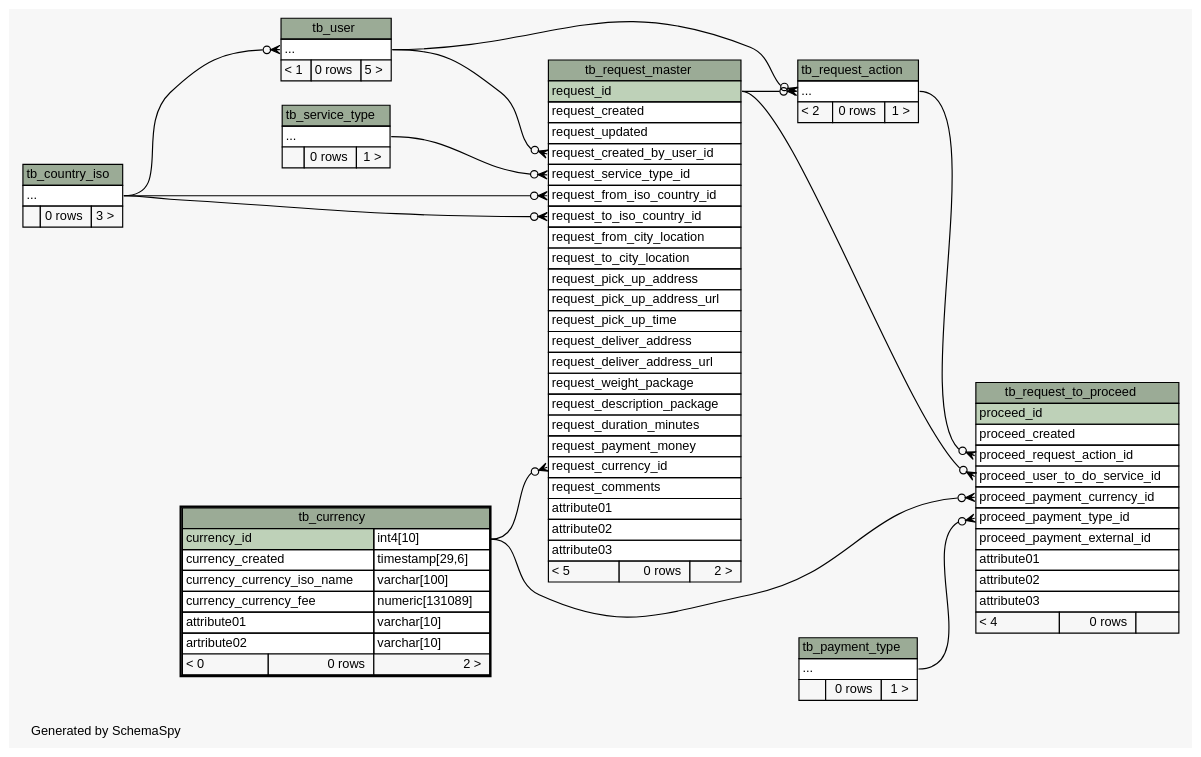
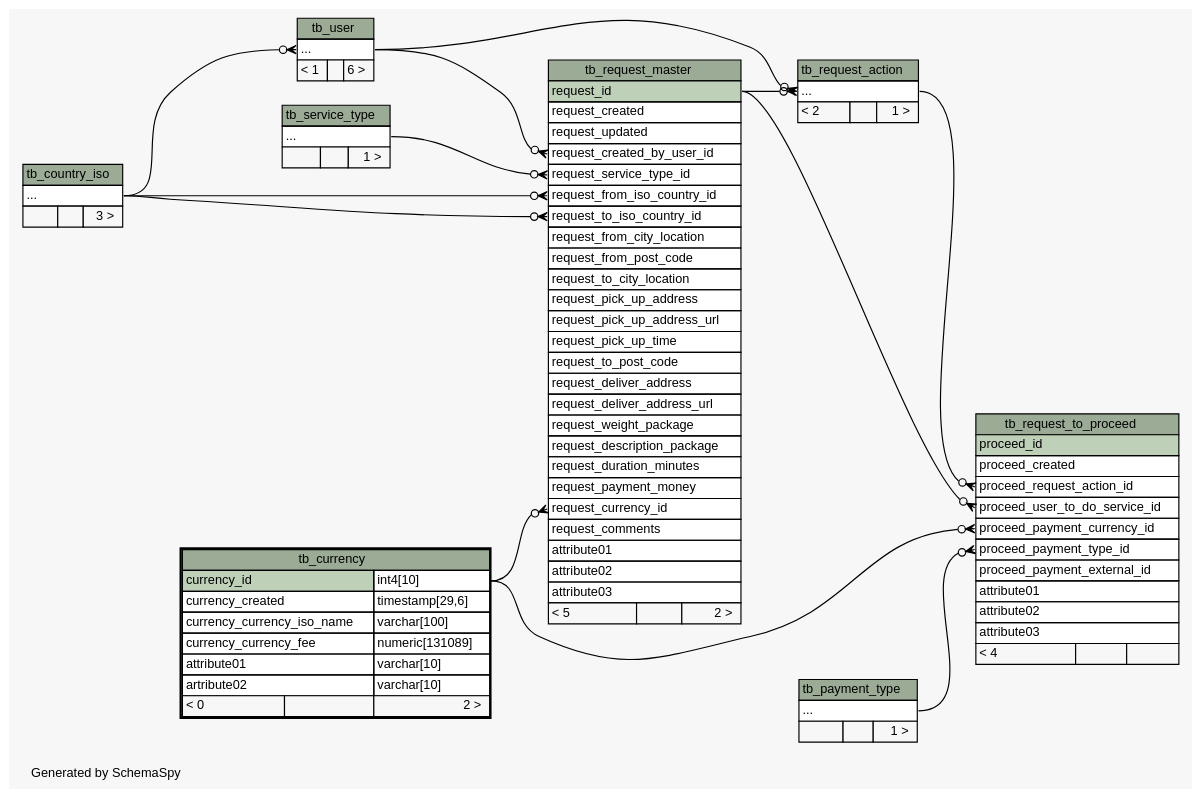
The diagram in database/schema/diagrams/tb_currency.2degrees.dot (josetesan/bring2me), drawn with Graphviz before and after one commit. The commit also changed 74 other files, not shown here.

Commit message:
New schema

```diff
--- a/database/schema/diagrams/tb_currency.2degrees.dot
+++ b/database/schema/diagrams/tb_currency.2degrees.dot
@@ -1,150 +1,152 @@
-// dot 2.34.0 on Linux 3.12.0-1-MANJARO
+// dot 2.34.0 on Linux 3.12.1-1-MANJARO
 // SchemaSpy rev 590
 digraph "twoDegreesRelationshipsDiagram" {
   graph [
     rankdir="RL"
     bgcolor="#f7f7f7"
     label="\nGenerated by SchemaSpy"
     labeljust="l"
     nodesep="0.18"
     ranksep="0.46"
     fontname="Helvetica"
     fontsize="11"
   ];
   node [
     fontname="Helvetica"
     fontsize="11"
     shape="plaintext"
   ];
   edge [
     arrowsize="0.8"
   ];
   "tb_request_action":"elipses":w -> "tb_user":"elipses":e [arrowhead=none dir=back arrowtail=crowodot];
   "tb_request_action":"elipses":w -> "tb_request_master":"request_id":e [arrowhead=none dir=back arrowtail=crowodot];
   "tb_request_master":"request_created_by_user_id":w -> "tb_user":"elipses":e [arrowhead=none dir=back arrowtail=crowodot];
   "tb_request_master":"request_currency_id":w -> "tb_currency":"currency_id.type":e [arrowhead=none dir=back arrowtail=crowodot];
   "tb_request_master":"request_from_iso_country_id":w -> "tb_country_iso":"elipses":e [arrowhead=none dir=back arrowtail=crowodot];
   "tb_request_master":"request_service_type_id":w -> "tb_service_type":"elipses":e [arrowhead=none dir=back arrowtail=crowodot];
   "tb_request_master":"request_to_iso_country_id":w -> "tb_country_iso":"elipses":e [arrowhead=none dir=back arrowtail=crowodot];
   "tb_request_to_proceed":"proceed_payment_currency_id":w -> "tb_currency":"currency_id.type":e [arrowhead=none dir=back arrowtail=crowodot];
   "tb_request_to_proceed":"proceed_payment_type_id":w -> "tb_payment_type":"elipses":e [arrowhead=none dir=back arrowtail=crowodot];
   "tb_request_to_proceed":"proceed_request_action_id":w -> "tb_request_action":"elipses":e [arrowhead=none dir=back arrowtail=crowodot];
   "tb_request_to_proceed":"proceed_user_to_do_service_id":w -> "tb_request_master":"request_id":e [arrowhead=none dir=back arrowtail=crowodot];
   "tb_user":"elipses":w -> "tb_country_iso":"elipses":e [arrowhead=none dir=back arrowtail=crowodot];
   "tb_country_iso" [
     label=<
     <TABLE BORDER="0" CELLBORDER="1" CELLSPACING="0" BGCOLOR="#ffffff">
       <TR><TD COLSPAN="3" BGCOLOR="#9bab96" ALIGN="CENTER">tb_country_iso</TD></TR>
       <TR><TD PORT="elipses" COLSPAN="3" ALIGN="LEFT">...</TD></TR>
-      <TR><TD ALIGN="LEFT" BGCOLOR="#f7f7f7">  </TD><TD ALIGN="RIGHT" BGCOLOR="#f7f7f7">0 rows</TD><TD ALIGN="RIGHT" BGCOLOR="#f7f7f7">3 &gt;</TD></TR>
+      <TR><TD ALIGN="LEFT" BGCOLOR="#f7f7f7">  </TD><TD ALIGN="RIGHT" BGCOLOR="#f7f7f7">  </TD><TD ALIGN="RIGHT" BGCOLOR="#f7f7f7">3 &gt;</TD></TR>
     </TABLE>>
     URL="tb_country_iso.html"
     tooltip="tb_country_iso"
   ];
   "tb_currency" [
     label=<
     <TABLE BORDER="2" CELLBORDER="1" CELLSPACING="0" BGCOLOR="#ffffff">
       <TR><TD COLSPAN="3" BGCOLOR="#9bab96" ALIGN="CENTER">tb_currency</TD></TR>
       <TR><TD PORT="currency_id" COLSPAN="2" BGCOLOR="#bed1b8" ALIGN="LEFT">currency_id</TD><TD PORT="currency_id.type" ALIGN="LEFT">int4[10]</TD></TR>
       <TR><TD PORT="currency_created" COLSPAN="2" ALIGN="LEFT">currency_created</TD><TD PORT="currency_created.type" ALIGN="LEFT">timestamp[29,6]</TD></TR>
       <TR><TD PORT="currency_currency_iso_name" COLSPAN="2" ALIGN="LEFT">currency_currency_iso_name</TD><TD PORT="currency_currency_iso_name.type" ALIGN="LEFT">varchar[100]</TD></TR>
       <TR><TD PORT="currency_currency_fee" COLSPAN="2" ALIGN="LEFT">currency_currency_fee</TD><TD PORT="currency_currency_fee.type" ALIGN="LEFT">numeric[131089]</TD></TR>
       <TR><TD PORT="attribute01" COLSPAN="2" ALIGN="LEFT">attribute01</TD><TD PORT="attribute01.type" ALIGN="LEFT">varchar[10]</TD></TR>
       <TR><TD PORT="artribute02" COLSPAN="2" ALIGN="LEFT">artribute02</TD><TD PORT="artribute02.type" ALIGN="LEFT">varchar[10]</TD></TR>
-      <TR><TD ALIGN="LEFT" BGCOLOR="#f7f7f7">&lt; 0</TD><TD ALIGN="RIGHT" BGCOLOR="#f7f7f7">0 rows</TD><TD ALIGN="RIGHT" BGCOLOR="#f7f7f7">2 &gt;</TD></TR>
+      <TR><TD ALIGN="LEFT" BGCOLOR="#f7f7f7">&lt; 0</TD><TD ALIGN="RIGHT" BGCOLOR="#f7f7f7">  </TD><TD ALIGN="RIGHT" BGCOLOR="#f7f7f7">2 &gt;</TD></TR>
     </TABLE>>
     URL="tb_currency.html"
     tooltip="tb_currency"
   ];
   "tb_payment_type" [
     label=<
     <TABLE BORDER="0" CELLBORDER="1" CELLSPACING="0" BGCOLOR="#ffffff">
       <TR><TD COLSPAN="3" BGCOLOR="#9bab96" ALIGN="CENTER">tb_payment_type</TD></TR>
       <TR><TD PORT="elipses" COLSPAN="3" ALIGN="LEFT">...</TD></TR>
-      <TR><TD ALIGN="LEFT" BGCOLOR="#f7f7f7">  </TD><TD ALIGN="RIGHT" BGCOLOR="#f7f7f7">0 rows</TD><TD ALIGN="RIGHT" BGCOLOR="#f7f7f7">1 &gt;</TD></TR>
+      <TR><TD ALIGN="LEFT" BGCOLOR="#f7f7f7">  </TD><TD ALIGN="RIGHT" BGCOLOR="#f7f7f7">  </TD><TD ALIGN="RIGHT" BGCOLOR="#f7f7f7">1 &gt;</TD></TR>
     </TABLE>>
     URL="tb_payment_type.html"
     tooltip="tb_payment_type"
   ];
   "tb_request_action" [
     label=<
     <TABLE BORDER="0" CELLBORDER="1" CELLSPACING="0" BGCOLOR="#ffffff">
       <TR><TD COLSPAN="3" BGCOLOR="#9bab96" ALIGN="CENTER">tb_request_action</TD></TR>
       <TR><TD PORT="elipses" COLSPAN="3" ALIGN="LEFT">...</TD></TR>
-      <TR><TD ALIGN="LEFT" BGCOLOR="#f7f7f7">&lt; 2</TD><TD ALIGN="RIGHT" BGCOLOR="#f7f7f7">0 rows</TD><TD ALIGN="RIGHT" BGCOLOR="#f7f7f7">1 &gt;</TD></TR>
+      <TR><TD ALIGN="LEFT" BGCOLOR="#f7f7f7">&lt; 2</TD><TD ALIGN="RIGHT" BGCOLOR="#f7f7f7">  </TD><TD ALIGN="RIGHT" BGCOLOR="#f7f7f7">1 &gt;</TD></TR>
     </TABLE>>
     URL="tb_request_action.html"
     tooltip="tb_request_action"
   ];
   "tb_request_master" [
     label=<
     <TABLE BORDER="0" CELLBORDER="1" CELLSPACING="0" BGCOLOR="#ffffff">
       <TR><TD COLSPAN="3" BGCOLOR="#9bab96" ALIGN="CENTER">tb_request_master</TD></TR>
       <TR><TD PORT="request_id" COLSPAN="3" BGCOLOR="#bed1b8" ALIGN="LEFT">request_id</TD></TR>
       <TR><TD PORT="request_created" COLSPAN="3" ALIGN="LEFT">request_created</TD></TR>
       <TR><TD PORT="request_updated" COLSPAN="3" ALIGN="LEFT">request_updated</TD></TR>
       <TR><TD PORT="request_created_by_user_id" COLSPAN="3" ALIGN="LEFT">request_created_by_user_id</TD></TR>
       <TR><TD PORT="request_service_type_id" COLSPAN="3" ALIGN="LEFT">request_service_type_id</TD></TR>
       <TR><TD PORT="request_from_iso_country_id" COLSPAN="3" ALIGN="LEFT">request_from_iso_country_id</TD></TR>
       <TR><TD PORT="request_to_iso_country_id" COLSPAN="3" ALIGN="LEFT">request_to_iso_country_id</TD></TR>
       <TR><TD PORT="request_from_city_location" COLSPAN="3" ALIGN="LEFT">request_from_city_location</TD></TR>
+      <TR><TD PORT="request_from_post_code" COLSPAN="3" ALIGN="LEFT">request_from_post_code</TD></TR>
       <TR><TD PORT="request_to_city_location" COLSPAN="3" ALIGN="LEFT">request_to_city_location</TD></TR>
       <TR><TD PORT="request_pick_up_address" COLSPAN="3" ALIGN="LEFT">request_pick_up_address</TD></TR>
       <TR><TD PORT="request_pick_up_address_url" COLSPAN="3" ALIGN="LEFT">request_pick_up_address_url</TD></TR>
       <TR><TD PORT="request_pick_up_time" COLSPAN="3" ALIGN="LEFT">request_pick_up_time</TD></TR>
+      <TR><TD PORT="request_to_post_code" COLSPAN="3" ALIGN="LEFT">request_to_post_code</TD></TR>
       <TR><TD PORT="request_deliver_address" COLSPAN="3" ALIGN="LEFT">request_deliver_address</TD></TR>
       <TR><TD PORT="request_deliver_address_url" COLSPAN="3" ALIGN="LEFT">request_deliver_address_url</TD></TR>
       <TR><TD PORT="request_weight_package" COLSPAN="3" ALIGN="LEFT">request_weight_package</TD></TR>
       <TR><TD PORT="request_description_package" COLSPAN="3" ALIGN="LEFT">request_description_package</TD></TR>
       <TR><TD PORT="request_duration_minutes" COLSPAN="3" ALIGN="LEFT">request_duration_minutes</TD></TR>
       <TR><TD PORT="request_payment_money" COLSPAN="3" ALIGN="LEFT">request_payment_money</TD></TR>
       <TR><TD PORT="request_currency_id" COLSPAN="3" ALIGN="LEFT">request_currency_id</TD></TR>
       <TR><TD PORT="request_comments" COLSPAN="3" ALIGN="LEFT">request_comments</TD></TR>
       <TR><TD PORT="attribute01" COLSPAN="3" ALIGN="LEFT">attribute01</TD></TR>
       <TR><TD PORT="attribute02" COLSPAN="3" ALIGN="LEFT">attribute02</TD></TR>
       <TR><TD PORT="attribute03" COLSPAN="3" ALIGN="LEFT">attribute03</TD></TR>
-      <TR><TD ALIGN="LEFT" BGCOLOR="#f7f7f7">&lt; 5</TD><TD ALIGN="RIGHT" BGCOLOR="#f7f7f7">0 rows</TD><TD ALIGN="RIGHT" BGCOLOR="#f7f7f7">2 &gt;</TD></TR>
+      <TR><TD ALIGN="LEFT" BGCOLOR="#f7f7f7">&lt; 5</TD><TD ALIGN="RIGHT" BGCOLOR="#f7f7f7">  </TD><TD ALIGN="RIGHT" BGCOLOR="#f7f7f7">2 &gt;</TD></TR>
     </TABLE>>
     URL="tb_request_master.html"
     tooltip="tb_request_master"
   ];
   "tb_request_to_proceed" [
     label=<
     <TABLE BORDER="0" CELLBORDER="1" CELLSPACING="0" BGCOLOR="#ffffff">
       <TR><TD COLSPAN="3" BGCOLOR="#9bab96" ALIGN="CENTER">tb_request_to_proceed</TD></TR>
       <TR><TD PORT="proceed_id" COLSPAN="3" BGCOLOR="#bed1b8" ALIGN="LEFT">proceed_id</TD></TR>
       <TR><TD PORT="proceed_created" COLSPAN="3" ALIGN="LEFT">proceed_created</TD></TR>
       <TR><TD PORT="proceed_request_action_id" COLSPAN="3" ALIGN="LEFT">proceed_request_action_id</TD></TR>
       <TR><TD PORT="proceed_user_to_do_service_id" COLSPAN="3" ALIGN="LEFT">proceed_user_to_do_service_id</TD></TR>
       <TR><TD PORT="proceed_payment_currency_id" COLSPAN="3" ALIGN="LEFT">proceed_payment_currency_id</TD></TR>
       <TR><TD PORT="proceed_payment_type_id" COLSPAN="3" ALIGN="LEFT">proceed_payment_type_id</TD></TR>
       <TR><TD PORT="proceed_payment_external_id" COLSPAN="3" ALIGN="LEFT">proceed_payment_external_id</TD></TR>
       <TR><TD PORT="attribute01" COLSPAN="3" ALIGN="LEFT">attribute01</TD></TR>
       <TR><TD PORT="attribute02" COLSPAN="3" ALIGN="LEFT">attribute02</TD></TR>
       <TR><TD PORT="attribute03" COLSPAN="3" ALIGN="LEFT">attribute03</TD></TR>
-      <TR><TD ALIGN="LEFT" BGCOLOR="#f7f7f7">&lt; 4</TD><TD ALIGN="RIGHT" BGCOLOR="#f7f7f7">0 rows</TD><TD ALIGN="RIGHT" BGCOLOR="#f7f7f7">  </TD></TR>
+      <TR><TD ALIGN="LEFT" BGCOLOR="#f7f7f7">&lt; 4</TD><TD ALIGN="RIGHT" BGCOLOR="#f7f7f7">  </TD><TD ALIGN="RIGHT" BGCOLOR="#f7f7f7">  </TD></TR>
     </TABLE>>
     URL="tb_request_to_proceed.html"
     tooltip="tb_request_to_proceed"
   ];
   "tb_service_type" [
     label=<
     <TABLE BORDER="0" CELLBORDER="1" CELLSPACING="0" BGCOLOR="#ffffff">
       <TR><TD COLSPAN="3" BGCOLOR="#9bab96" ALIGN="CENTER">tb_service_type</TD></TR>
       <TR><TD PORT="elipses" COLSPAN="3" ALIGN="LEFT">...</TD></TR>
-      <TR><TD ALIGN="LEFT" BGCOLOR="#f7f7f7">  </TD><TD ALIGN="RIGHT" BGCOLOR="#f7f7f7">0 rows</TD><TD ALIGN="RIGHT" BGCOLOR="#f7f7f7">1 &gt;</TD></TR>
+      <TR><TD ALIGN="LEFT" BGCOLOR="#f7f7f7">  </TD><TD ALIGN="RIGHT" BGCOLOR="#f7f7f7">  </TD><TD ALIGN="RIGHT" BGCOLOR="#f7f7f7">1 &gt;</TD></TR>
     </TABLE>>
     URL="tb_service_type.html"
     tooltip="tb_service_type"
   ];
   "tb_user" [
     label=<
     <TABLE BORDER="0" CELLBORDER="1" CELLSPACING="0" BGCOLOR="#ffffff">
       <TR><TD COLSPAN="3" BGCOLOR="#9bab96" ALIGN="CENTER">tb_user</TD></TR>
       <TR><TD PORT="elipses" COLSPAN="3" ALIGN="LEFT">...</TD></TR>
-      <TR><TD ALIGN="LEFT" BGCOLOR="#f7f7f7">&lt; 1</TD><TD ALIGN="RIGHT" BGCOLOR="#f7f7f7">0 rows</TD><TD ALIGN="RIGHT" BGCOLOR="#f7f7f7">5 &gt;</TD></TR>
+      <TR><TD ALIGN="LEFT" BGCOLOR="#f7f7f7">&lt; 1</TD><TD ALIGN="RIGHT" BGCOLOR="#f7f7f7">  </TD><TD ALIGN="RIGHT" BGCOLOR="#f7f7f7">6 &gt;</TD></TR>
     </TABLE>>
     URL="tb_user.html"
     tooltip="tb_user"
   ];
 }
```
